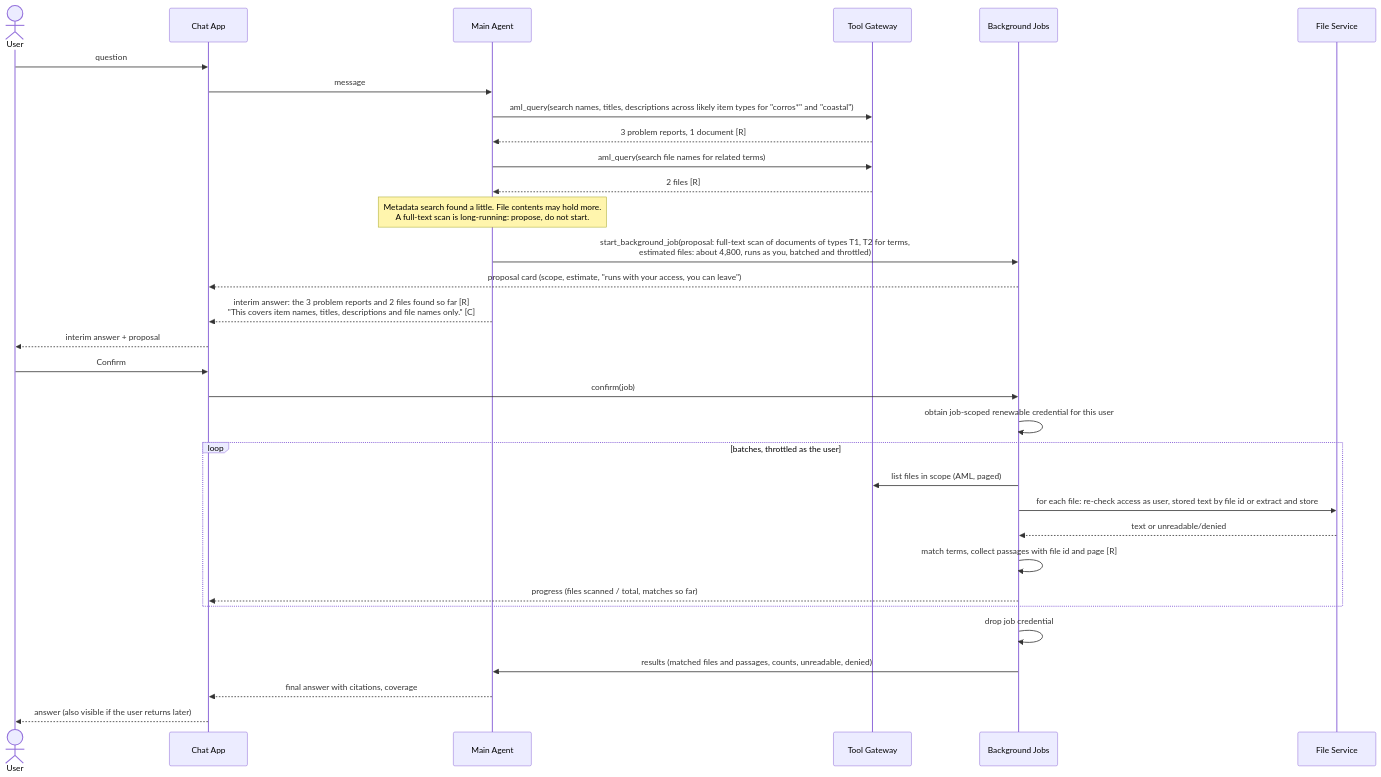
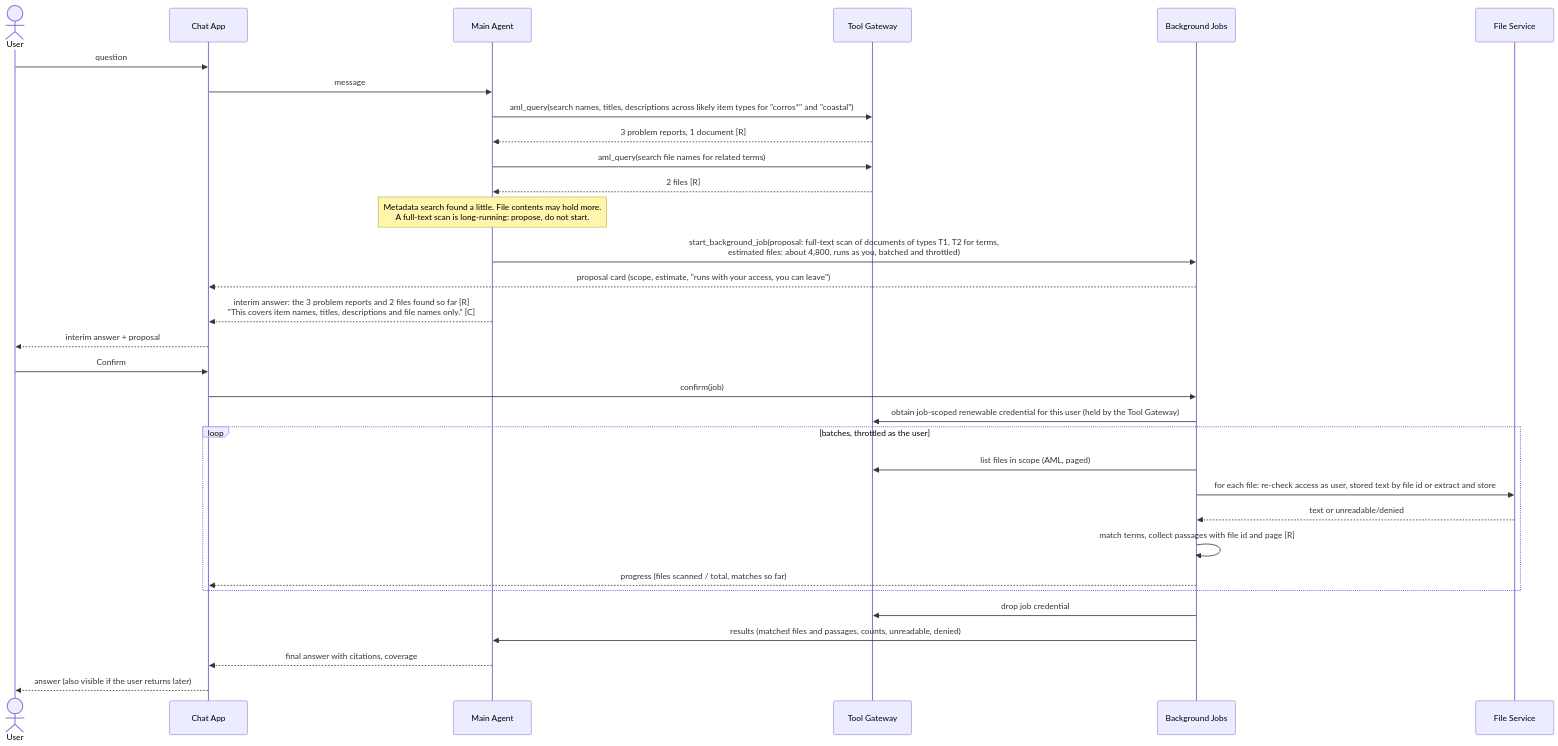
The eighth of 8 diagrams in docs/architecture/question-lifecycle.md (omkarbhale/aras-insight), drawn with Mermaid before and after one commit. The commit also changed other lines of this file and 60 other files, not shown here.

````diff
--- a/docs/architecture/question-lifecycle.md
+++ b/docs/architecture/question-lifecycle.md
@@ -292,35 +297,35 @@
 ```mermaid
 sequenceDiagram
     actor U as User
     participant App as Chat App
     participant MA as Main Agent
     participant GW as Tool Gateway
     participant BJ as Background Jobs
     participant FS as File Service
 
     U->>App: question
     App->>MA: message
     MA->>GW: aml_query(search names, titles, descriptions across likely item types for "corros*" and "coastal")
     GW-->>MA: 3 problem reports, 1 document [R]
     MA->>GW: aml_query(search file names for related terms)
     GW-->>MA: 2 files [R]
     Note over MA: Metadata search found a little. File contents may hold more.<br/>A full-text scan is long-running: propose, do not start.
     MA->>BJ: start_background_job(proposal: full-text scan of documents of types T1, T2 for terms,<br/>estimated files: about 4,800, runs as you, batched and throttled)
     BJ-->>App: proposal card (scope, estimate, "runs with your access, you can leave")
     MA-->>App: interim answer: the 3 problem reports and 2 files found so far [R]<br/>"This covers item names, titles, descriptions and file names only." [C]
     App-->>U: interim answer + proposal
     U->>App: Confirm
     App->>BJ: confirm(job)
-    BJ->>BJ: obtain job-scoped renewable credential for this user
+    BJ->>GW: obtain job-scoped renewable credential for this user (held by the Tool Gateway)
     loop batches, throttled as the user
         BJ->>GW: list files in scope (AML, paged)
         BJ->>FS: for each file: re-check access as user, stored text by file id or extract and store
         FS-->>BJ: text or unreadable/denied
         BJ->>BJ: match terms, collect passages with file id and page [R]
         BJ-->>App: progress (files scanned / total, matches so far)
     end
-    BJ->>BJ: drop job credential
+    BJ->>GW: drop job credential
     BJ->>MA: results (matched files and passages, counts, unreadable, denied)
     MA-->>App: final answer with citations, coverage
     App-->>U: answer (also visible if the user returns later)
 ```
````
